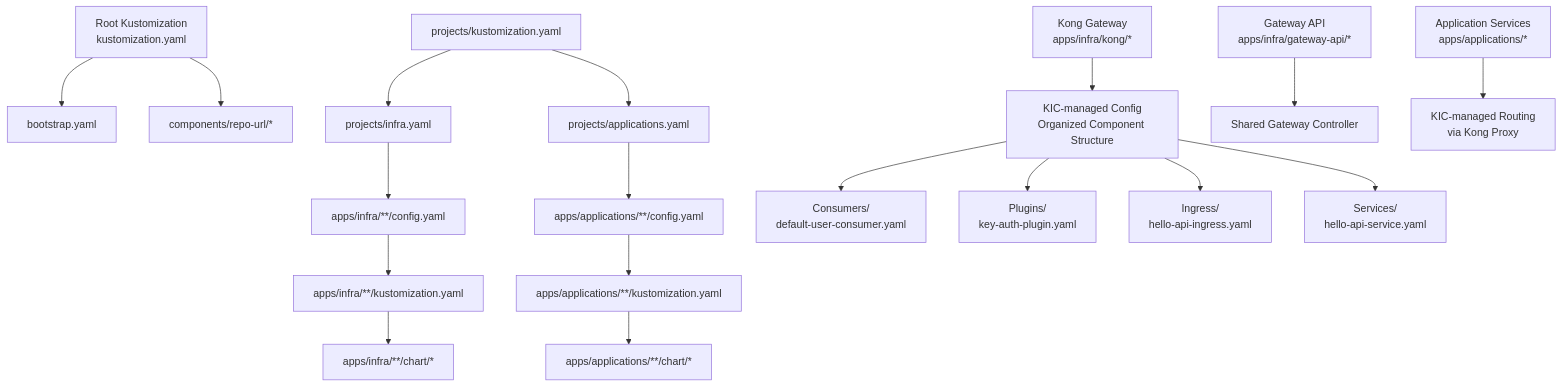
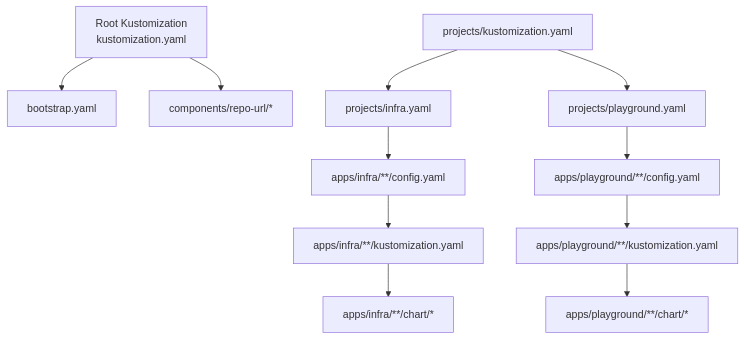
Before and after one commit to Hoangvu75/k8s_manifest: the first of 3 diagrams in .qoder/repowiki/en/content/Application Configuration/Application Configuration.md, drawn with Mermaid. The commit also changed other lines of this file and 31 other files, not shown here.

````diff
--- a/.qoder/repowiki/en/content/Application Configuration/Application Configuration.md
+++ b/.qoder/repowiki/en/content/Application Configuration/Application Configuration.md
@@ -74,20 +48,13 @@
 ```mermaid
 graph TB
 A["Root Kustomization<br/>kustomization.yaml"] --> B["bootstrap.yaml"]
 A --> C["components/repo-url/*"]
 D["projects/kustomization.yaml"] --> E["projects/infra.yaml"]
-D --> F["projects/applications.yaml"]
+D --> F["projects/playground.yaml"]
 E --> G["apps/infra/**/config.yaml"]
-F --> H["apps/applications/**/config.yaml"]
+F --> H["apps/playground/**/config.yaml"]
 G --> I["apps/infra/**/kustomization.yaml"]
-H --> J["apps/applications/**/kustomization.yaml"]
+H --> J["apps/playground/**/kustomization.yaml"]
 I --> K["apps/infra/**/chart/*"]
-J --> L["apps/applications/**/chart/*"]
-M["Kong Gateway<br/>apps/infra/kong/*"] --> N["KIC-managed Config<br/>Organized Component Structure"]
-N --> O["Consumers/<br/>default-user-consumer.yaml"]
-N --> P["Plugins/<br/>key-auth-plugin.yaml"]
-N --> Q["Ingress/<br/>hello-api-ingress.yaml"]
-N --> R["Services/<br/>hello-api-service.yaml"]
-S["Gateway API<br/>apps/infra/gateway-api/*"] --> T["Shared Gateway Controller"]
-U["Application Services<br/>apps/applications/*"] --> V["KIC-managed Routing<br/>via Kong Proxy"]
+J --> L["apps/playground/**/chart/*"]
 ```
````
